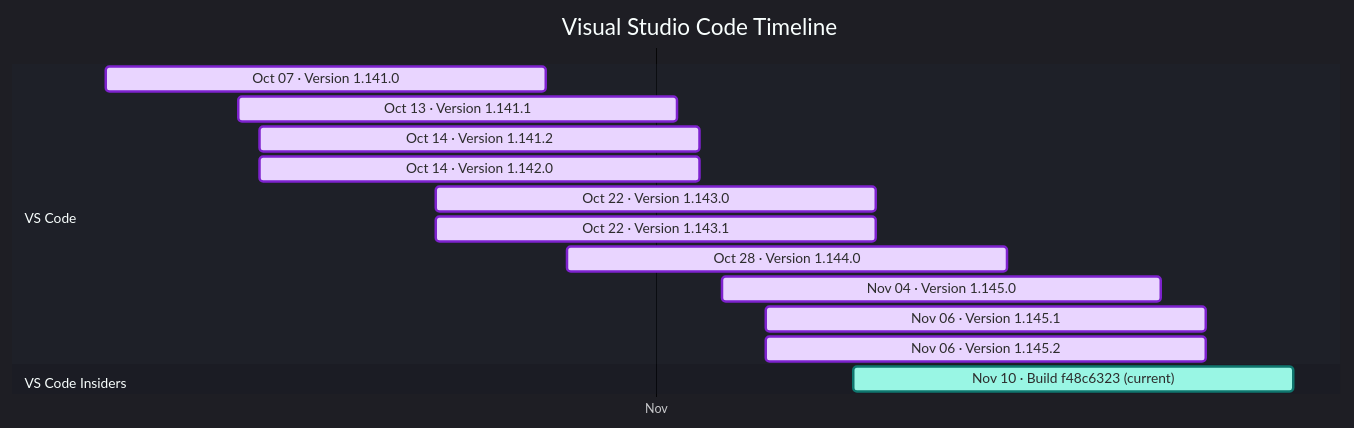
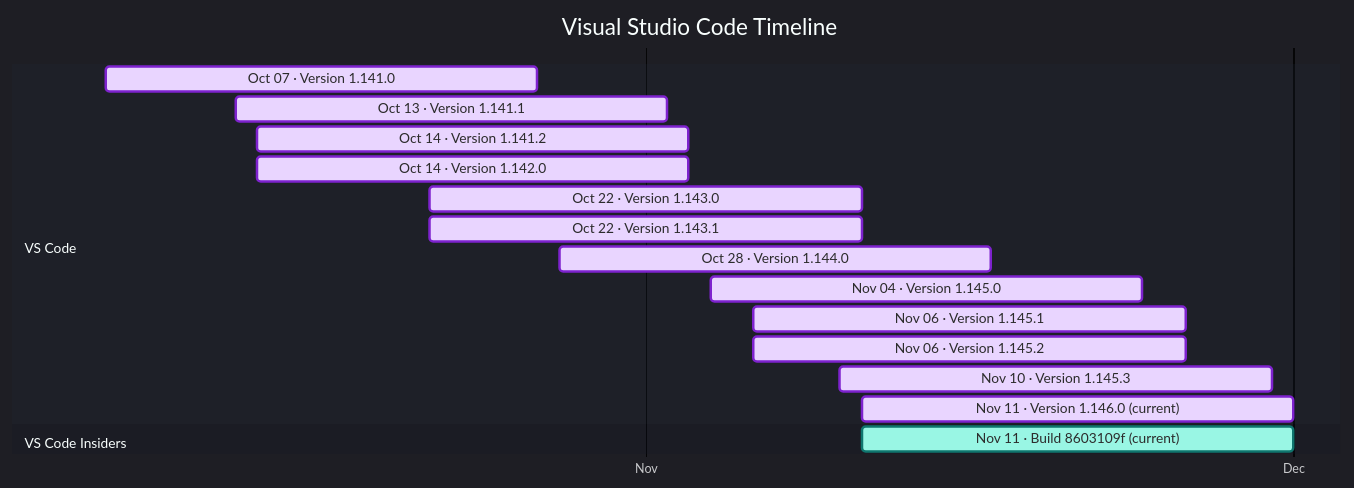
The diagram in docs/vscode.md (Oxelya-DevTools/VisualStudioUpdate), drawn with Mermaid before and after one commit. The commit also changed other lines of this file and 3 other files, not shown here.

````diff
--- a/docs/vscode.md
+++ b/docs/vscode.md
@@ -9,21 +9,23 @@
 ```mermaid
 %%{init: {'theme':'dark','themeVariables': { 'fontFamily': 'Segoe UI', 'fontSize': '24px', 'textColor': '#F3F4F6', 'titleTextColor': '#FFFFFF', 'taskTextColor': '#111827', 'taskTextLightColor': '#111827', 'taskTextOutsideColor': '#F3F4F6', 'taskBkgColor': '#BAE6FD', 'taskBorderColor': '#0369A1', 'doneTaskBkgColor': '#E9D5FF', 'doneTaskBorderColor': '#7E22CE', 'activeTaskBkgColor': '#99F6E4', 'activeTaskBorderColor': '#0F766E', 'critTaskBkgColor': '#FED7AA', 'critTaskBorderColor': '#C2410C', 'sectionBkgColor': '#1F2937', 'altSectionBkgColor': '#111827', 'gridColor': '#4B5563', 'todayLineColor': '#F87171' }}}%%
 gantt
     title Visual Studio Code Timeline
     dateFormat  YYYY-MM-DD
     axisFormat  %b
     tickInterval 1month
     section VS Code
     Oct 07 · Version 1.141.0 : done, vscode202610070, 2026-10-07, 20d
     Oct 13 · Version 1.141.1 : done, vscode202610131, 2026-10-13, 20d
     Oct 14 · Version 1.141.2 : done, vscode202610142, 2026-10-14, 20d
     Oct 14 · Version 1.142.0 : done, vscode202610143, 2026-10-14, 20d
     Oct 22 · Version 1.143.0 : done, vscode202610224, 2026-10-22, 20d
     Oct 22 · Version 1.143.1 : done, vscode202610225, 2026-10-22, 20d
     Oct 28 · Version 1.144.0 : done, vscode202610286, 2026-10-28, 20d
     Nov 04 · Version 1.145.0 : done, vscode202611047, 2026-11-04, 20d
     Nov 06 · Version 1.145.1 : done, vscode202611068, 2026-11-06, 20d
     Nov 06 · Version 1.145.2 : done, vscode202611069, 2026-11-06, 20d
+    Nov 10 · Version 1.145.3 : done, vscode2026111010, 2026-11-10, 20d
+    Nov 11 · Version 1.146.0 (current) : done, vscode2026111111, 2026-11-11, 20d
     section VS Code Insiders
-    Nov 10 · Build f48c6323 (current) : active, vscodeinsiders202611100, 2026-11-10, 20d
+    Nov 11 · Build 8603109f (current) : active, vscodeinsiders202611110, 2026-11-11, 20d
 ```
````
